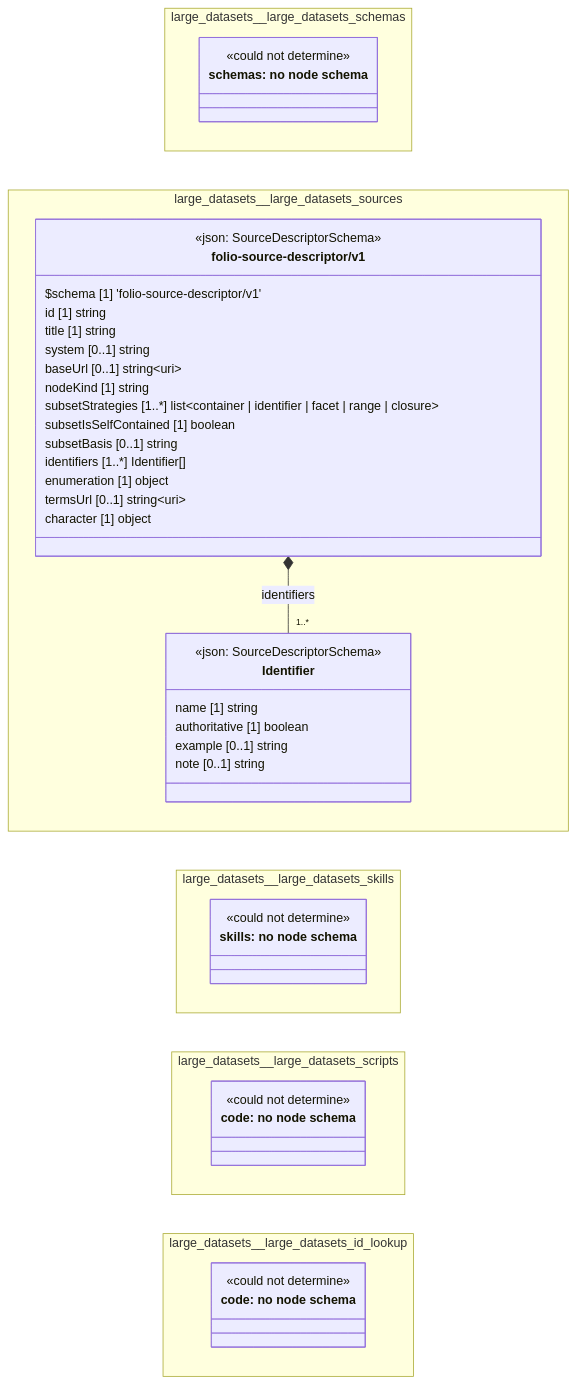
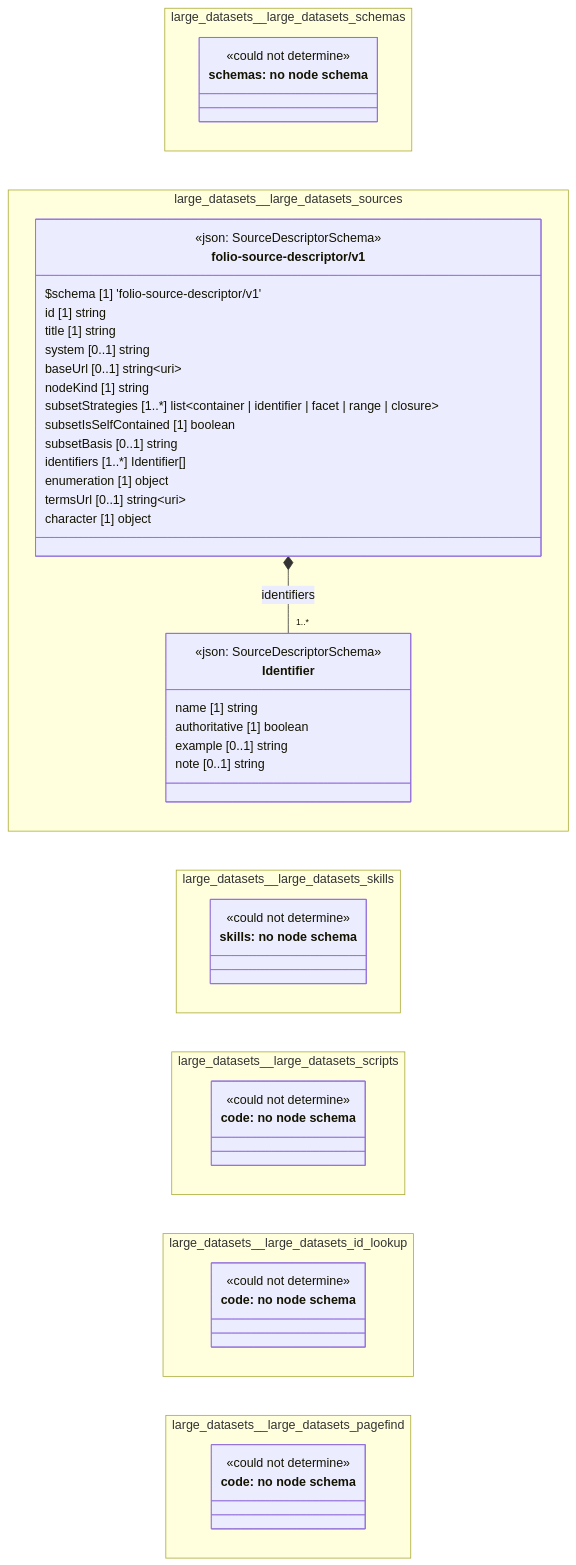
The diagram in cat-harness/uml/overview/large-datasets.mmd (litlfred/folio-assistant), drawn with Mermaid before and after one commit. The commit also changed 22 other files, not shown here.

```diff
--- a/cat-harness/uml/overview/large-datasets.mmd
+++ b/cat-harness/uml/overview/large-datasets.mmd
@@ -1,58 +1,65 @@
 classDiagram
   direction LR
   namespace large_datasets__large_datasets_schemas {
     class n_large_datasets_large_datasets_schemas_schemas["schemas: no node schema"] {
       <<could not determine>>
     }
   }
   namespace large_datasets__large_datasets_sources {
     class large_datasets_large_datasets_sources_folio_source_descriptor_v1_Identifier["Identifier"] {
       <<json: SourceDescriptorSchema>>
       name [1] string
       authoritative [1] boolean
       example [0..1] string
       note [0..1] string
     }
     class large_datasets_large_datasets_sources_folio_source_descriptor_v1_folio_source_descriptor_v1["folio-source-descriptor/v1"] {
       <<json: SourceDescriptorSchema>>
       $schema [1] 'folio-source-descriptor/v1'
       id [1] string
       title [1] string
       system [0..1] string
       baseUrl [0..1] string~uri~
       nodeKind [1] string
       subsetStrategies [1..*] list~container | identifier | facet | range | closure~
       subsetIsSelfContained [1] boolean
       subsetBasis [0..1] string
       identifiers [1..*] Identifier[]
       enumeration [1] object
       termsUrl [0..1] string~uri~
       character [1] object
     }
   }
   namespace large_datasets__large_datasets_skills {
     class n_large_datasets_large_datasets_skills_skills["skills: no node schema"] {
       <<could not determine>>
     }
   }
   namespace large_datasets__large_datasets_scripts {
     class n_large_datasets_large_datasets_scripts_code["code: no node schema"] {
       <<could not determine>>
     }
   }
   namespace large_datasets__large_datasets_id_lookup {
     class n_large_datasets_large_datasets_id_lookup_code["code: no node schema"] {
       <<could not determine>>
     }
   }
+  namespace large_datasets__large_datasets_pagefind {
+    class n_large_datasets_large_datasets_pagefind_code["code: no node schema"] {
+      <<could not determine>>
+    }
+  }
   cssClass "n_large_datasets_large_datasets_schemas_schemas" fa_uml_kind_schemas
   cssClass "n_large_datasets_large_datasets_schemas_schemas" fa_uml_undetermined
   large_datasets_large_datasets_sources_folio_source_descriptor_v1_folio_source_descriptor_v1 *-- "1..*" large_datasets_large_datasets_sources_folio_source_descriptor_v1_Identifier : identifiers
   cssClass "large_datasets_large_datasets_sources_folio_source_descriptor_v1_Identifier" fa_uml_kind_schemas
   cssClass "large_datasets_large_datasets_sources_folio_source_descriptor_v1_folio_source_descriptor_v1" fa_uml_kind_schemas
   cssClass "n_large_datasets_large_datasets_skills_skills" fa_uml_kind_skills
   cssClass "n_large_datasets_large_datasets_skills_skills" fa_uml_undetermined
   cssClass "n_large_datasets_large_datasets_scripts_code" fa_uml_kind_code
   cssClass "n_large_datasets_large_datasets_scripts_code" fa_uml_undetermined
   cssClass "n_large_datasets_large_datasets_id_lookup_code" fa_uml_kind_code
   cssClass "n_large_datasets_large_datasets_id_lookup_code" fa_uml_undetermined
+  cssClass "n_large_datasets_large_datasets_pagefind_code" fa_uml_kind_code
+  cssClass "n_large_datasets_large_datasets_pagefind_code" fa_uml_undetermined
```
